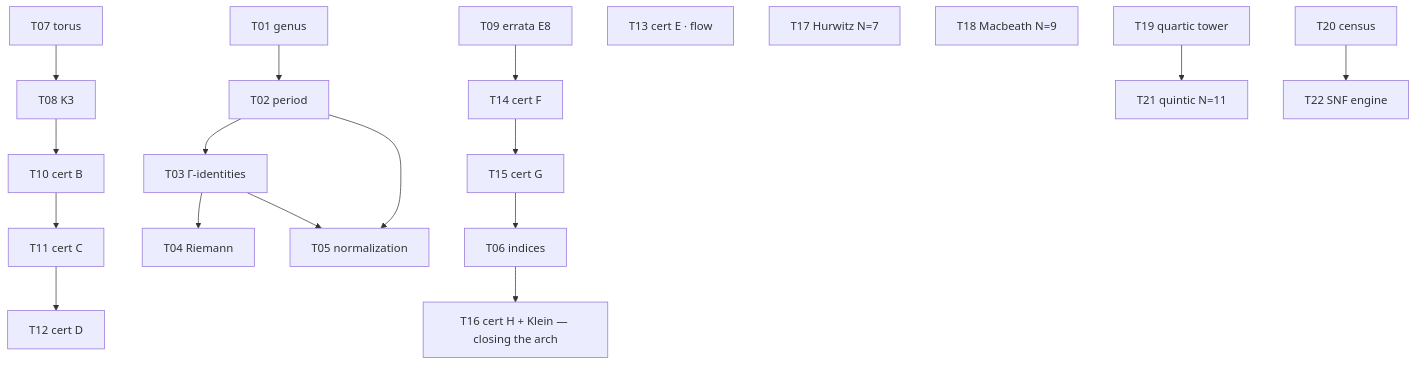
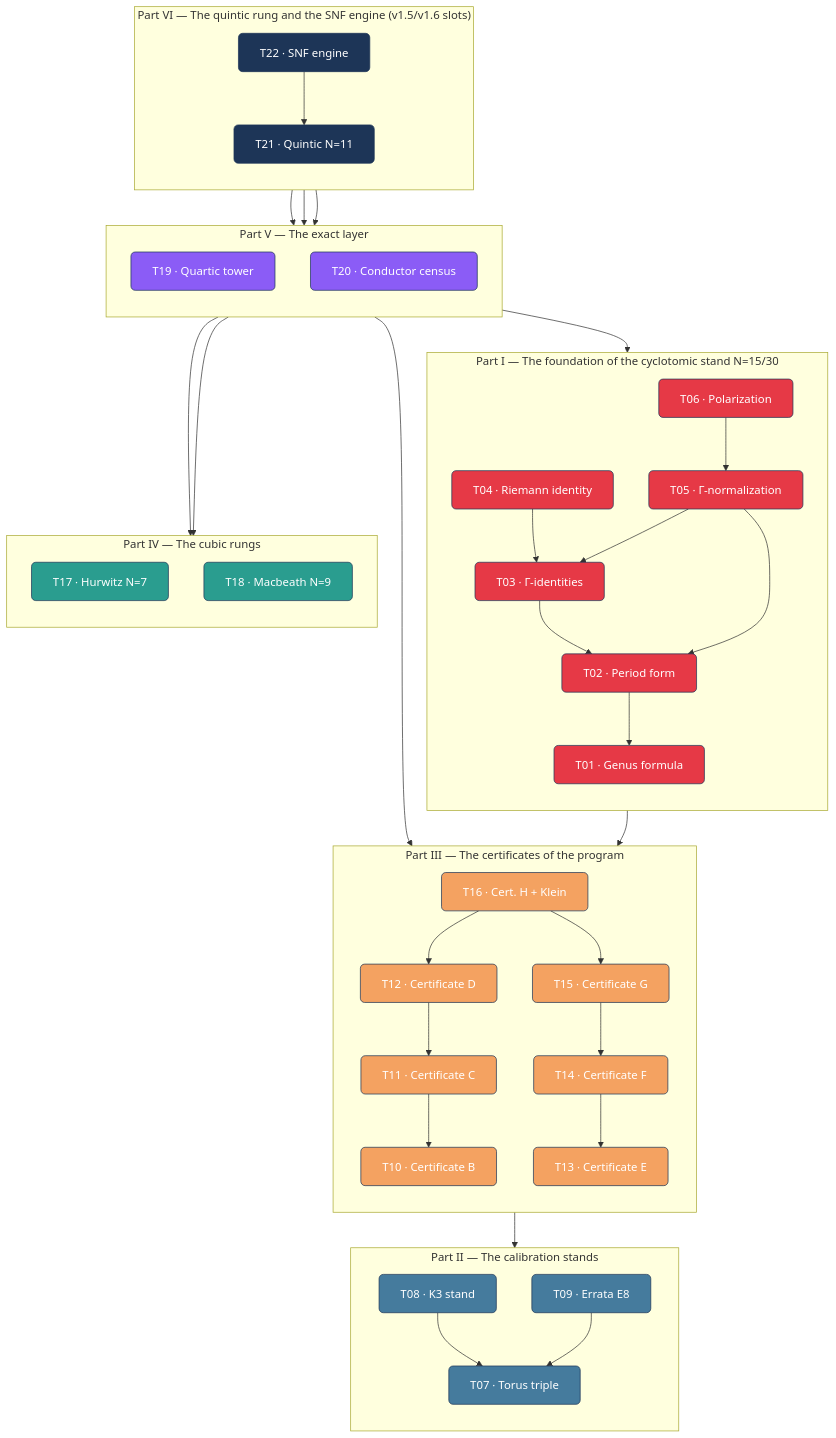
The diagram in theorems/README.md (wild8highlander/hodge-laboratory), drawn with Mermaid before and after one commit. The commit also changed other lines of this file and 306 other files, not shown here.

````diff
--- a/theorems/README.md
+++ b/theorems/README.md
@@ -207,13 +117,95 @@
 ```mermaid
-flowchart TB
-    T01["T01 genus"] --> T02["T02 period"] --> T03["T03 Γ-identities"] --> T04["T04 Riemann"]
-    T07["T07 torus"] --> T08["T08 K3"] --> T10["T10 cert B"] --> T11["T11 cert C"] --> T12["T12 cert D"]
-    T09["T09 errata E8"] --> T14["T14 cert F"] --> T15["T15 cert G"] --> T06["T06 indices"]
-    T02 --> T05["T05 normalization"]
-    T03 --> T05
-    T13["T13 cert E · flow"]
-    T06 --> T16["T16 cert H + Klein — closing the arch"]
-    T17["T17 Hurwitz N=7"] & T18["T18 Macbeath N=9"]
-    T19["T19 quartic tower"] --> T21["T21 quintic N=11"]
-    T20["T20 census"] --> T22["T22 SNF engine"]
+flowchart TD
+    subgraph P1["Part I — The foundation of the cyclotomic stand N=15/30"]
+        T01["T01 · Genus formula"]
+        T02["T02 · Period form"]
+        T03["T03 · Γ-identities"]
+        T04["T04 · Riemann identity"]
+        T05["T05 · Γ-normalization"]
+        T06["T06 · Polarization"]
+        direction TB
+    end
+    subgraph P2["Part II — The calibration stands"]
+        T07["T07 · Torus triple"]
+        T08["T08 · K3 stand"]
+        T09["T09 · Errata E8"]
+        direction TB
+    end
+    subgraph P3["Part III — The certificates of the program"]
+        T10["T10 · Certificate B"]
+        T11["T11 · Certificate C"]
+        T12["T12 · Certificate D"]
+        T13["T13 · Certificate E"]
+        T14["T14 · Certificate F"]
+        T15["T15 · Certificate G"]
+        T16["T16 · Cert. H + Klein"]
+        direction TB
+    end
+    subgraph P4["Part IV — The cubic rungs"]
+        T17["T17 · Hurwitz N=7"]
+        T18["T18 · Macbeath N=9"]
+        direction TB
+    end
+    subgraph P5["Part V — The exact layer"]
+        T19["T19 · Quartic tower"]
+        T20["T20 · Conductor census"]
+        direction TB
+    end
+    subgraph P6["Part VI — The quintic rung and the SNF engine (v1.5/v1.6 slots)"]
+        T21["T21 · Quintic N=11"]
+        T22["T22 · SNF engine"]
+        direction TB
+    end
+    T02 --> T01
+    T03 --> T02
+    T04 --> T03
+    T05 --> T02
+    T05 --> T03
+    T06 --> T05
+    T06 --> T15
+    T08 --> T07
+    T09 --> T07
+    T10 --> T08
+    T11 --> T10
+    T12 --> T11
+    T14 --> T13
+    T15 --> T14
+    T16 --> T12
+    T16 --> T15
+    T19 --> T16
+    T19 --> T17
+    T19 --> T18
+    T20 --> T01
+    T21 --> T20
+    T22 --> T19
+    T22 --> T20
+    T22 --> T21
+    classDef p1 fill:#E63946,stroke:#1D3557,color:#fff,rx:6
+    classDef p2 fill:#457B9D,stroke:#1D3557,color:#fff,rx:6
+    classDef p3 fill:#F4A261,stroke:#1D3557,color:#fff,rx:6
+    classDef p4 fill:#2A9D8F,stroke:#1D3557,color:#fff,rx:6
+    classDef p5 fill:#8B5CF6,stroke:#1D3557,color:#fff,rx:6
+    classDef p6 fill:#1D3557,stroke:#1D3557,color:#fff,rx:6
+    class T01 p1
+    class T02 p1
+    class T03 p1
+    class T04 p1
+    class T05 p1
+    class T06 p1
+    class T07 p2
+    class T08 p2
+    class T09 p2
+    class T10 p3
+    class T11 p3
+    class T12 p3
+    class T13 p3
+    class T14 p3
+    class T15 p3
+    class T16 p3
+    class T17 p4
+    class T18 p4
+    class T19 p5
+    class T20 p5
+    class T21 p6
+    class T22 p6
 ```
````
